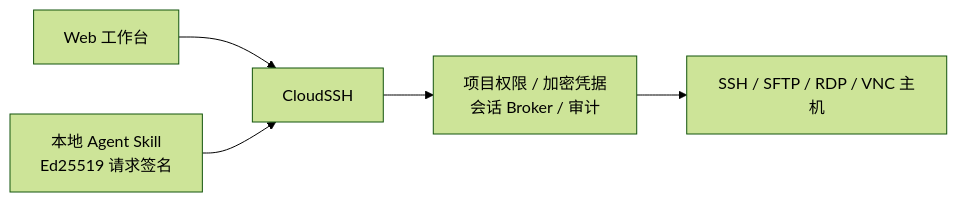
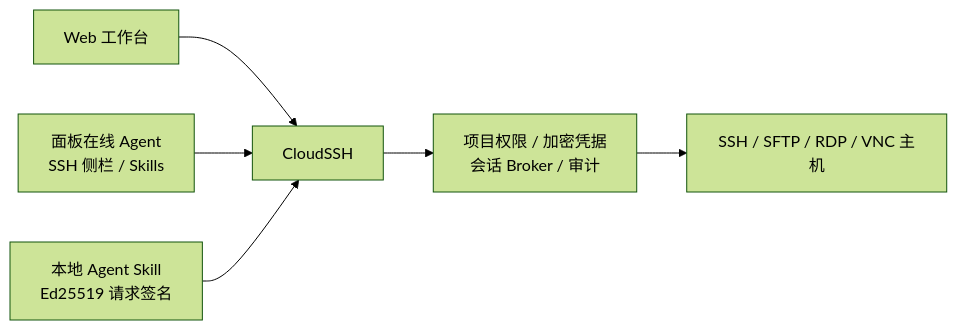
One commit to moeacgx/cloudssh changed the diagram in README.md. Above: the diagram before and after it, drawn with Mermaid (forest theme). The commit also changed other lines of this file and 2 other files, not shown here.

Commit message:
docs: show panel agent ssh co-pilot

````diff
--- a/README.md
+++ b/README.md
@@ -56,7 +65,8 @@
 ```mermaid
 flowchart LR
     Browser["Web 工作台"] --> CloudSSH["CloudSSH"]
+    PanelAgent["面板在线 Agent<br/>SSH 侧栏 / Skills"] --> CloudSSH
     Skill["本地 Agent Skill<br/>Ed25519 请求签名"] --> CloudSSH
     CloudSSH --> Control["项目权限 / 加密凭据<br/>会话 Broker / 审计"]
     Control --> Hosts["SSH / SFTP / RDP / VNC 主机"]
 ```
````
